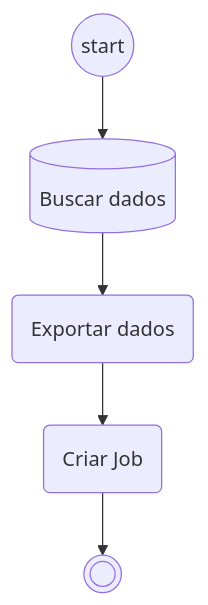
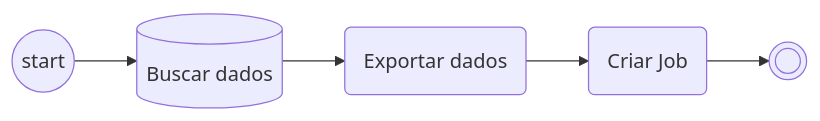
Before and after one commit to edmilson-nascimento/export-database-cluster-background: the first of 2 diagrams in README.md, drawn with Mermaid. The commit also changed other lines of this file, not shown here.

````diff
--- a/README.md
+++ b/README.md
@@ -37,7 +37,7 @@
 ```mermaid
-flowchart TD
+flowchart LR
     Start((start)) --> SAPData[(Buscar dados)]
     SAPData --> SAPExpor(Exportar dados)
     SAPExpor --> Job(Criar Job)
     Job --> FinishNew((( )))
 ```
````
